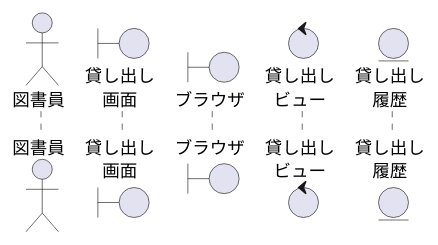
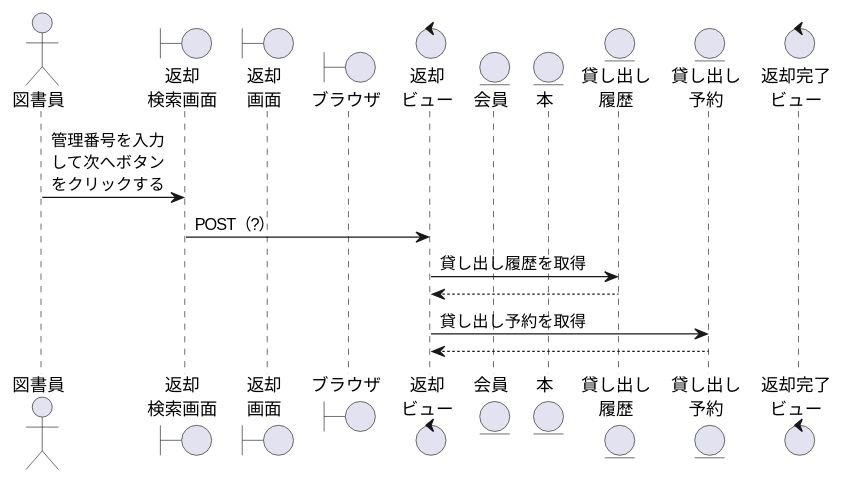
The diagram in 効果測定/返却.wsd (ysyk-wtnb16/team_D), drawn with PlantUML before and after one commit. The commit also changed 3 other files, not shown here.

```diff
--- a/効果測定/返却.wsd
+++ b/効果測定/返却.wsd
@@ -1,8 +1,22 @@
 @startuml Return
+
 actor "図書員" as librarian
-boundary "貸し出し\n画面" as Rets
+boundary "返却\n検索画面" as RetSs
+boundary "返却\n画面" as Rets
 boundary "ブラウザ" as brz
-control "貸し出し\nビュー" as Retv
+control "返却\nビュー" as Retv
+entity "会員" as member
+entity "本" as book
 entity "貸し出し\n履歴" as RenH
+entity "貸し出し\n予約" as RenR
+control "返却完了\nビュー" as RetCv
+
+
+librarian -> RetSs: 管理番号を入力\nして次へボタン\nをクリックする
+RetSs -> Retv: POST（?）
+Retv -> RenH: 貸し出し履歴を取得
+Retv <-- RenH
+Retv -> RenR: 貸し出し予約を取得
+Retv <-- RenR
 
 @enduml
```
